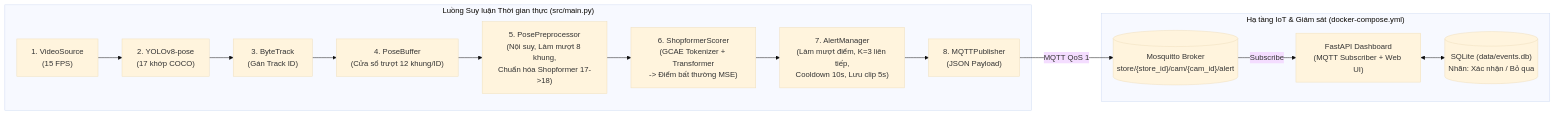
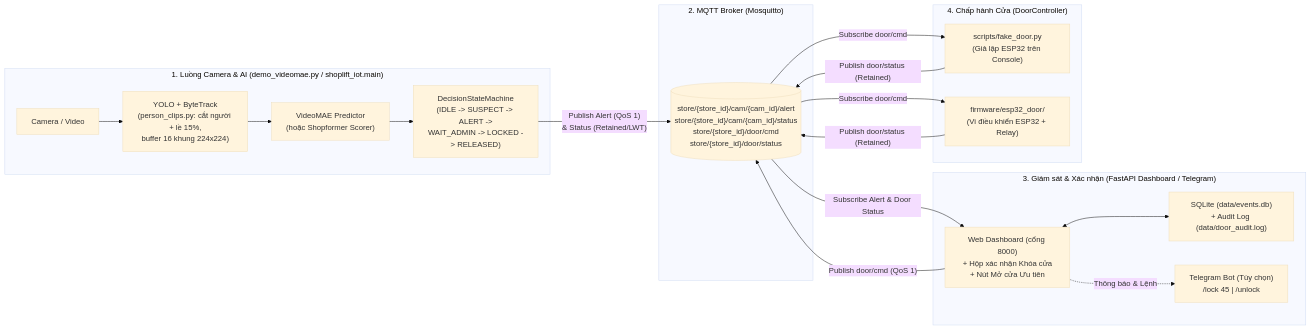
One commit to NSM177/shopformer changed the diagram in README.md. Above: the diagram before and after it, drawn with Mermaid (base theme). The commit also changed other lines of this file and 4 other files, not shown here.

Commit message:
feat(gd7): update docker-compose with 4 services (mosquitto, dashboard, fake_door, pipeline) and comprehensive README

````diff
--- a/README.md
+++ b/README.md
@@ -15,22 +12,33 @@
 ```mermaid
 flowchart LR
-    subgraph Edge["Luồng Suy luận Thời gian thực (src/main.py)"]
-        S1["1. VideoSource\n(15 FPS)"] --> S2["2. YOLOv8-pose\n(17 khớp COCO)"]
-        S2 --> S3["3. ByteTrack\n(Gán Track ID)"]
-        S3 --> S4["4. PoseBuffer\n(Cửa sổ trượt 12 khung/ID)"]
-        S4 --> S5["5. PosePreprocessor\n(Nội suy, Làm mượt 8 khung,\nChuẩn hóa Shopformer 17->18)"]
-        S5 --> S6["6. ShopformerScorer\n(GCAE Tokenizer + Transformer\n-> Điểm bất thường MSE)"]
-        S6 --> S7["7. AlertManager\n(Làm mượt điểm, K=3 liên tiếp,\nCooldown 10s, Lưu clip 5s)"]
-        S7 --> S8["8. MQTTPublisher\n(JSON Payload)"]
+    subgraph Edge["1. Luồng Camera & AI (demo_videomae.py / shoplift_iot.main)"]
+        C1["Camera / Video"] --> C2["YOLO + ByteTrack\n(person_clips.py: cắt người + lề 15%,\nbuffer 16 khung 224x224)"]
+        C2 --> C3["VideoMAE Predictor\n(hoặc Shopformer Scorer)"]
+        C3 --> C4["DecisionStateMachine\n(IDLE -> SUSPECT -> ALERT ->\nWAIT_ADMIN -> LOCKED -> RELEASED)"]
     end
 
-    subgraph IoT["Hạ tầng IoT & Giám sát (docker-compose.yml)"]
-        B[("Mosquitto Broker\nstore/{store_id}/cam/{cam_id}/alert")]
-        D["FastAPI Dashboard\n(MQTT Subscriber + Web UI)"]
-        DB[("SQLite (data/events.db)\nNhãn: Xác nhận / Bỏ qua")]
+    subgraph Broker["2. MQTT Broker (Mosquitto)"]
+        T1[("store/{store_id}/cam/{cam_id}/alert\nstore/{store_id}/cam/{cam_id}/status\nstore/{store_id}/door/cmd\nstore/{store_id}/door/status")]
     end
 
-    S8 -- "MQTT QoS 1" --> B
-    B -- "Subscribe" --> D
-    D <--> DB
+    subgraph Admin["3. Giám sát & Xác nhận (FastAPI Dashboard / Telegram)"]
+        D1["Web Dashboard (cổng 8000)\n+ Hộp xác nhận Khóa cửa\n+ Nút Mở cửa Ưu tiên"]
+        D2["SQLite (data/events.db)\n+ Audit Log (data/door_audit.log)"]
+        TG["Telegram Bot (Tùy chọn)\n/lock <event_id> 45 | /unlock"]
+    end
+
+    subgraph Actuator["4. Chấp hành Cửa (DoorController)"]
+        E1["scripts/fake_door.py\n(Giả lập ESP32 trên Console)"]
+        E2["firmware/esp32_door/\n(Vi điều khiển ESP32 + Relay)"]
+    end
+
+    C4 -- "Publish Alert (QoS 1)\n& Status (Retained/LWT)" --> T1
+    T1 -- "Subscribe Alert & Door Status" --> D1
+    D1 <--> D2
+    D1 -. "Thông báo & Lệnh" .-> TG
+    D1 -- "Publish door/cmd (QoS 1)" --> T1
+    T1 -- "Subscribe door/cmd" --> E1
+    T1 -- "Subscribe door/cmd" --> E2
+    E1 -- "Publish door/status (Retained)" --> T1
+    E2 -- "Publish door/status (Retained)" --> T1
 ```
````
